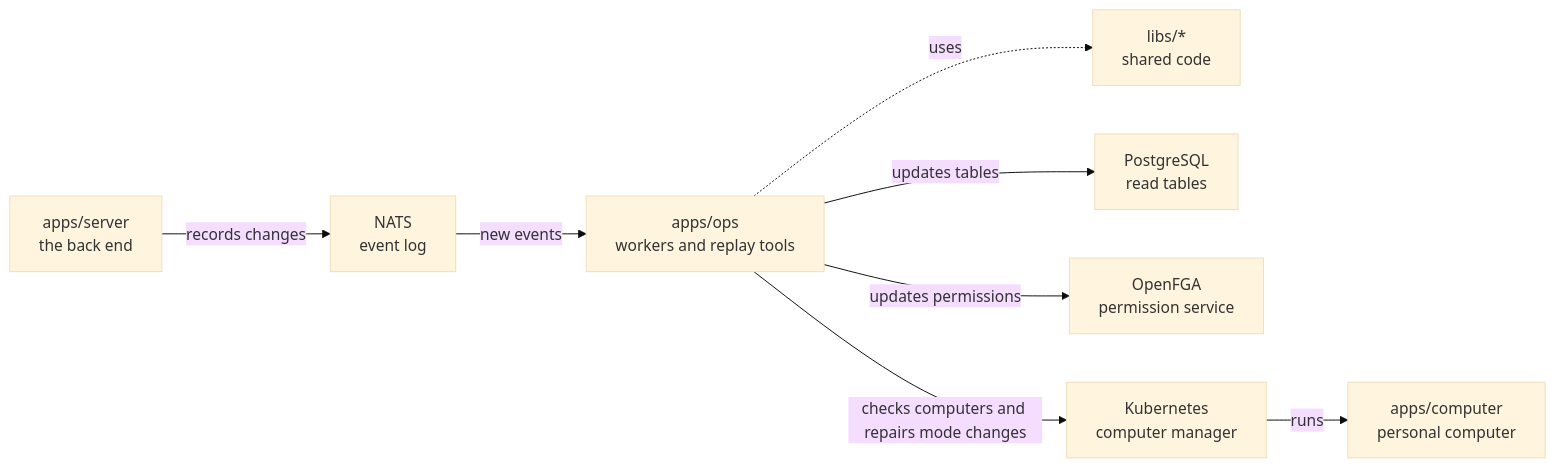
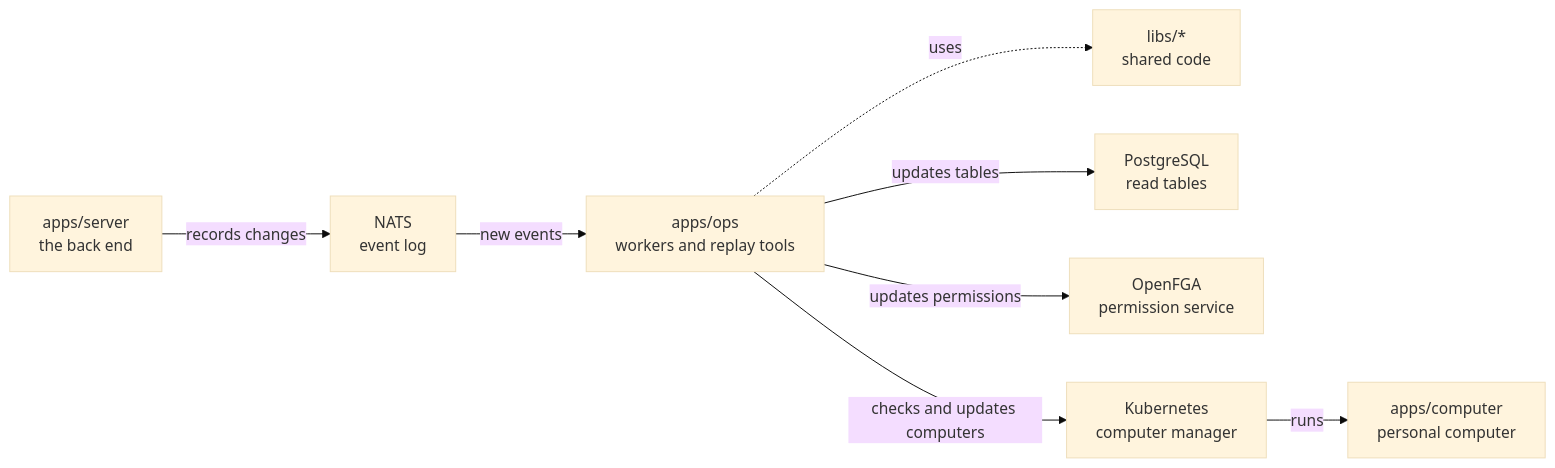
Before and after one commit to elewa-git/opencrane-new: the diagram in apps/ops/README.md, drawn with Mermaid (base theme). The commit also changed other lines of this file and 11 other files, not shown here.

````diff
--- a/apps/ops/README.md
+++ b/apps/ops/README.md
@@ -11,10 +11,10 @@
 ```mermaid
 flowchart LR
   server["apps/server<br/>the back end"] -->|records changes| nats["NATS<br/>event log"]
   nats -->|new events| ops["apps/ops<br/>workers and replay tools"]
   ops -.->|uses| libs["libs/*<br/>shared code"]
   ops -->|updates tables| postgres["PostgreSQL<br/>read tables"]
   ops -->|updates permissions| fga["OpenFGA<br/>permission service"]
-  ops -->|checks computers and repairs mode changes| kube["Kubernetes<br/>computer manager"]
+  ops -->|checks and updates computers| kube["Kubernetes<br/>computer manager"]
   kube -->|runs| computer["apps/computer<br/>personal computer"]
 ```
````
